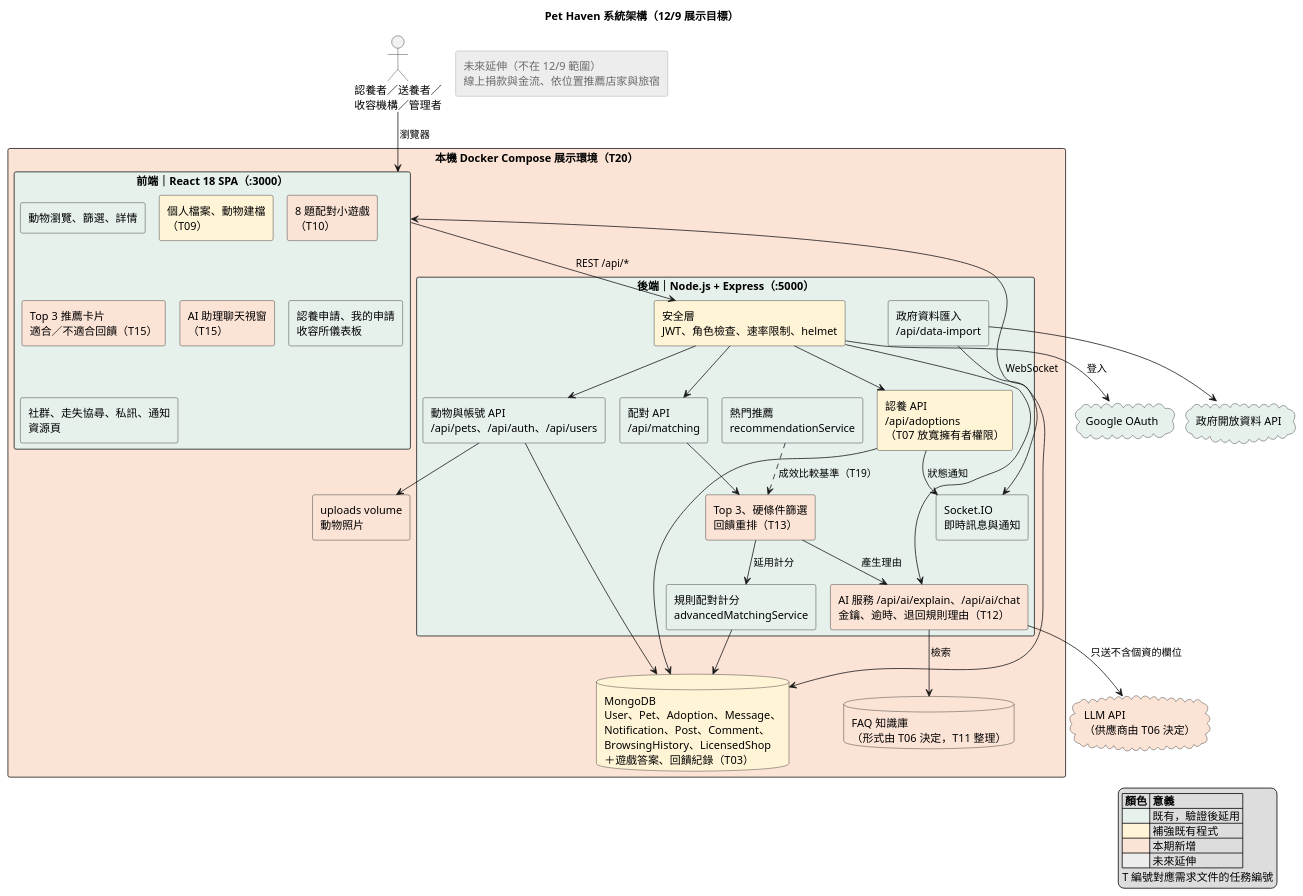
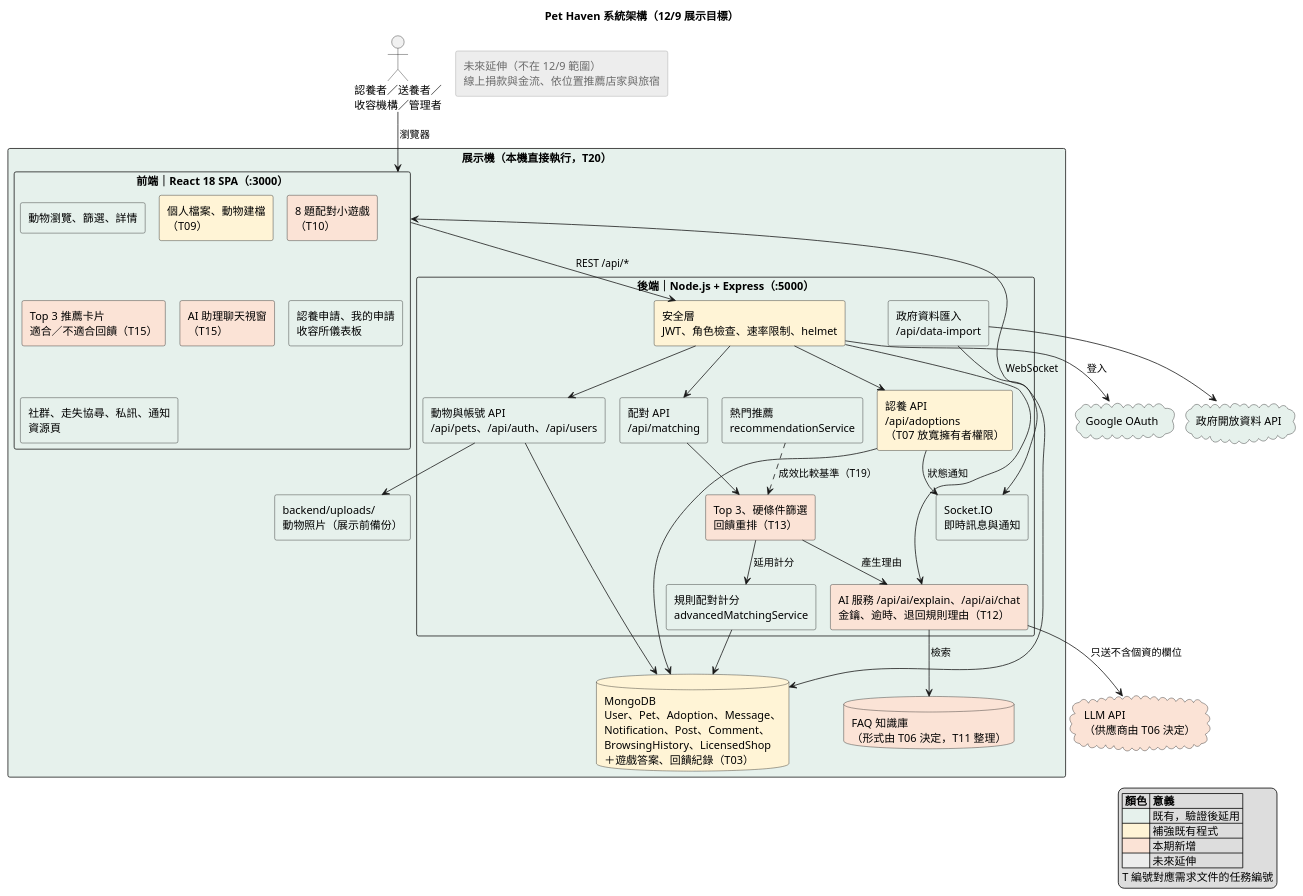
One commit to Shandi00/pet-haven changed the diagram in docs/architecture/diagrams/system-architecture.puml. Above: the diagram before and after it, drawn with PlantUML. The commit also changed 5 other files, not shown here.

```diff
--- a/docs/architecture/diagrams/system-architecture.puml
+++ b/docs/architecture/diagrams/system-architecture.puml
@@ -1,98 +1,98 @@
 @startuml system-architecture
 ' Pet Haven 系統架構圖（12/9 展示時的目標架構）
 ' 依據：docs/architecture/現況架構.md、docs/superpowers/specs/2026-11-25-需求與展示範圍-design.md
 ' 顏色：綠＝既有、黃＝補強、橘＝本期新增、灰＝選做或未來延伸
 !pragma layout smetana
 skinparam defaultFontName "Microsoft JhengHei"
 skinparam shadowing false
 skinparam componentStyle rectangle
 skinparam rectangle {
   BackgroundColor<<existing>> #E6F1EC
   BackgroundColor<<enhance>> #FFF4D6
   BackgroundColor<<new>> #FBE3D6
   BackgroundColor<<future>> #EDEDED
   BorderColor<<future>> #9A9A9A
   FontColor<<future>> #6B6B6B
 }
 skinparam database {
   BackgroundColor<<existing>> #E6F1EC
   BackgroundColor<<enhance>> #FFF4D6
   BackgroundColor<<new>> #FBE3D6
 }
 skinparam cloud {
   BackgroundColor<<existing>> #E6F1EC
   BackgroundColor<<new>> #FBE3D6
 }
 hide stereotype
 
 title Pet Haven 系統架構（12/9 展示目標）
 
 actor "認養者／送養者／\n收容機構／管理者" as U
 
-rectangle "本機 Docker Compose 展示環境（T20）" <<new>> {
+rectangle "展示機（本機直接執行，T20）" <<existing>> {
 
   rectangle "前端｜React 18 SPA（:3000）" as FE <<existing>> {
     rectangle "動物瀏覽、篩選、詳情" as FE_PET <<existing>>
     rectangle "個人檔案、動物建檔\n（T09）" as FE_PROFILE <<enhance>>
     rectangle "8 題配對小遊戲\n（T10）" as FE_GAME <<new>>
     rectangle "Top 3 推薦卡片\n適合／不適合回饋（T15）" as FE_REC <<new>>
     rectangle "AI 助理聊天視窗\n（T15）" as FE_CHAT <<new>>
     rectangle "認養申請、我的申請\n收容所儀表板" as FE_ADOPT <<existing>>
     rectangle "社群、走失協尋、私訊、通知\n資源頁" as FE_SOCIAL <<existing>>
   }
 
   rectangle "後端｜Node.js + Express（:5000）" as BE <<existing>> {
     rectangle "安全層\nJWT、角色檢查、速率限制、helmet" as BE_SEC <<enhance>>
     rectangle "認養 API\n/api/adoptions\n（T07 放寬擁有者權限）" as BE_ADOPT <<enhance>>
     rectangle "動物與帳號 API\n/api/pets、/api/auth、/api/users" as BE_PET <<existing>>
     rectangle "配對 API\n/api/matching" as BE_MATCH <<existing>>
     rectangle "規則配對計分\nadvancedMatchingService" as SVC_MATCH <<existing>>
     rectangle "熱門推薦\nrecommendationService" as SVC_POP <<existing>>
     rectangle "Top 3、硬條件篩選\n回饋重排（T13）" as SVC_TOP3 <<new>>
     rectangle "AI 服務 /api/ai/explain、/api/ai/chat\n金鑰、逾時、退回規則理由（T12）" as SVC_AI <<new>>
     rectangle "政府資料匯入\n/api/data-import" as BE_IMPORT <<existing>>
     rectangle "Socket.IO\n即時訊息與通知" as BE_IO <<existing>>
   }
 
   database "MongoDB\nUser、Pet、Adoption、Message、\nNotification、Post、Comment、\nBrowsingHistory、LicensedShop\n＋遊戲答案、回饋紀錄（T03）" as DB <<enhance>>
   database "FAQ 知識庫\n（形式由 T06 決定，T11 整理）" as KB <<new>>
-  rectangle "uploads volume\n動物照片" as VOL <<new>>
+  rectangle "backend/uploads/\n動物照片（展示前備份）" as VOL <<existing>>
 }
 
 cloud "LLM API\n（供應商由 T06 決定）" as LLM <<new>>
 cloud "Google OAuth" as GOOGLE <<existing>>
 cloud "政府開放資料 API" as GOV <<existing>>
 
 rectangle "未來延伸（不在 12/9 範圍）\n線上捐款與金流、依位置推薦店家與旅宿" as FUTURE <<future>>
 
 U --> FE : 瀏覽器
 FE --> BE_SEC : REST /api/*
 FE <--> BE_IO : WebSocket
 BE_SEC --> BE_PET
 BE_SEC --> BE_ADOPT
 BE_SEC --> BE_MATCH
 BE_SEC --> SVC_AI
 BE_MATCH --> SVC_TOP3
 SVC_TOP3 --> SVC_MATCH : 延用計分
 SVC_TOP3 --> SVC_AI : 產生理由
 SVC_POP ..> SVC_TOP3 : 成效比較基準（T19）
 SVC_AI --> KB : 檢索
 SVC_AI --> LLM : 只送不含個資的欄位
 BE_ADOPT --> BE_IO : 狀態通知
 BE_PET --> DB
 BE_ADOPT --> DB
 SVC_MATCH --> DB
 BE_PET --> VOL
 BE_IMPORT --> GOV
 BE_IMPORT --> DB
 BE_SEC --> GOOGLE : 登入
 
 legend right
   |= 顏色 |= 意義 |
   |<#E6F1EC>| 既有，驗證後延用 |
   |<#FFF4D6>| 補強既有程式 |
   |<#FBE3D6>| 本期新增 |
   |<#EDEDED>| 未來延伸 |
   T 編號對應需求文件的任務編號
 endlegend
 @enduml
```
